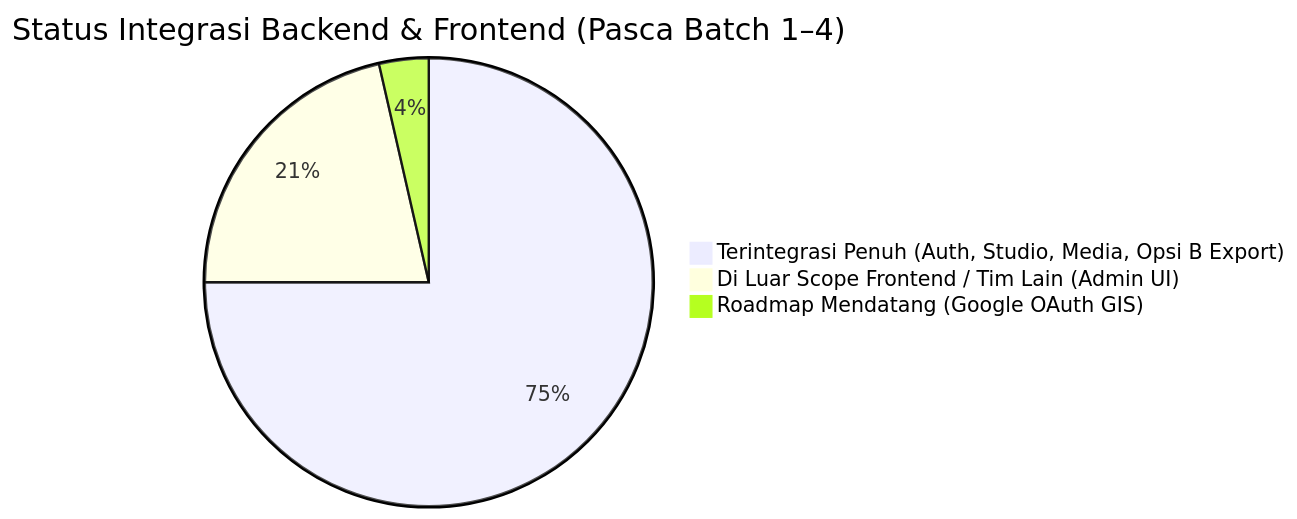
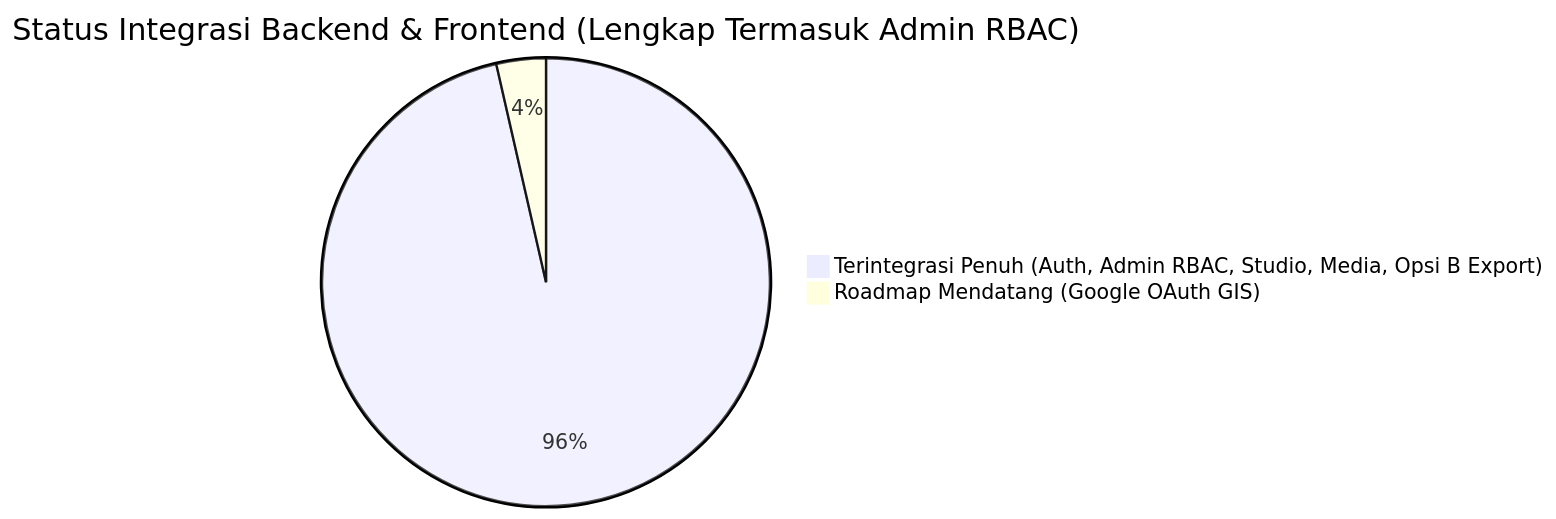
Before and after one commit to indraagstin025/Backend-H5P-Generator: the diagram in docs/INTEGRASI_BACKEND_FRONTEND.md, drawn with Mermaid. The commit also changed other lines of this file and 2 other files, not shown here.

Commit message:
feat(admin): add status filter & global summary counts to GET /api/admin/users and update docs

````diff
--- a/docs/INTEGRASI_BACKEND_FRONTEND.md
+++ b/docs/INTEGRASI_BACKEND_FRONTEND.md
@@ -75,6 +75,5 @@
 ```mermaid
-pie title Status Integrasi Backend & Frontend (Pasca Batch 1–4)
-    "Terintegrasi Penuh (Auth, Studio, Media, Opsi B Export)" : 21
-    "Di Luar Scope Frontend / Tim Lain (Admin UI)" : 6
+pie title Status Integrasi Backend & Frontend (Lengkap Termasuk Admin RBAC)
+    "Terintegrasi Penuh (Auth, Admin RBAC, Studio, Media, Opsi B Export)" : 27
     "Roadmap Mendatang (Google OAuth GIS)" : 1
 ```
````
